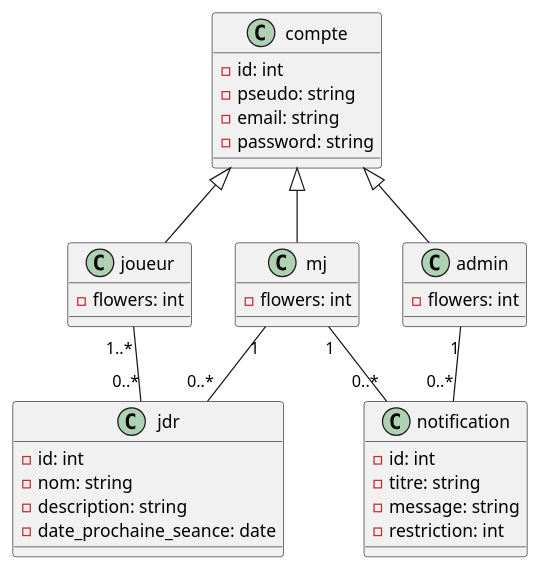
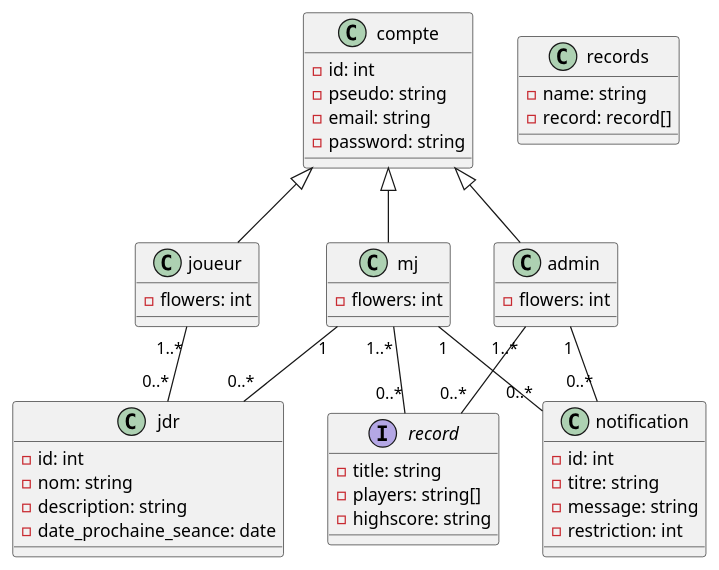
The diagram in diagramme des classes.puml (MaximeGondariz/Chroniques-Edelweiss), drawn with PlantUML before and after one commit. The commit also changed 1 other file, not shown here.

Commit message:
Ajout du mld + retouche diagramme des classes

```diff
--- a/diagramme des classes.puml
+++ b/diagramme des classes.puml
@@ -1,47 +1,61 @@
 @startuml
 
 class compte{
     -id: int
     -pseudo: string
     -email: string
     -password: string
 }
 
 class jdr{
     -id: int
     -nom: string
     -description: string
     -date_prochaine_seance: date
 }
 
 class notification{
     -id: int
     -titre: string
     -message: string
     -restriction: int
+}
+
+class records{
+    -name: string
+    -record: record[]
+}
+
+interface record{
+    -title: string
+    -players: string[]
+    -highscore: string
 }
 
 class joueur{
     -flowers: int
 }
 
 class mj{
     -flowers: int
 
 }
 
 class admin{
     -flowers: int
 }
 
 compte <|-- admin
 compte <|-- joueur
 compte <|-- mj
 
 joueur "1..*" --  "0..*" jdr
 mj "1" --  "0..*" jdr
 
 mj "1" -- "0..*" notification
 admin "1" -- "0..*" notification
 
+mj "1..*" -- "0..*" record
+admin "1..*" -- "0..*" record
+
 @enduml
```
